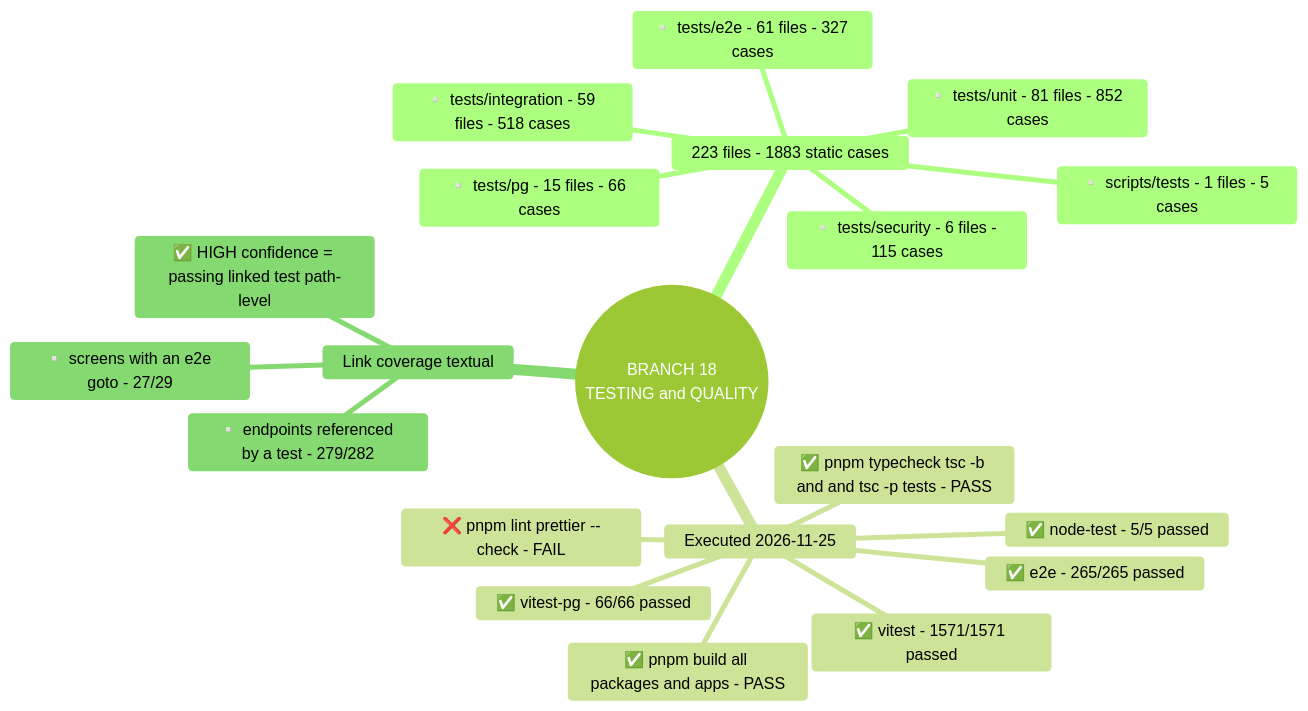
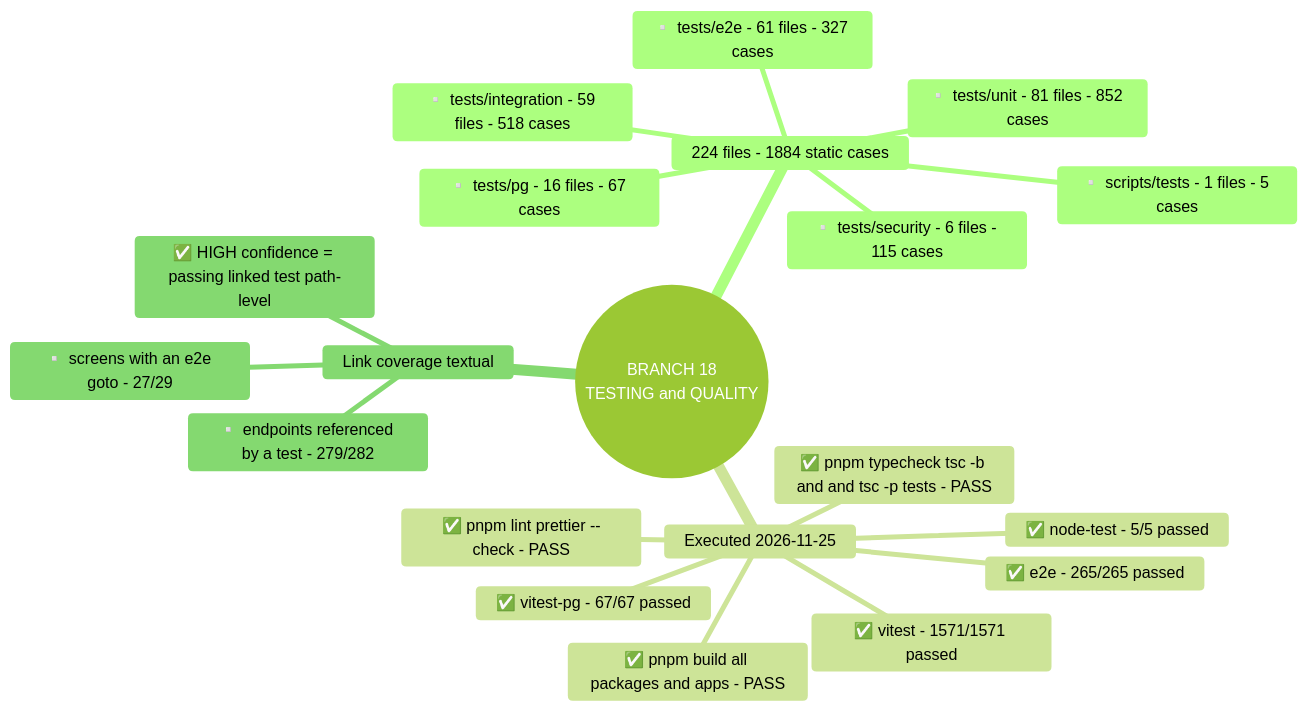
Diagram 20 of 22 in project-mindmap/master/MASTER_PROJECT_DIAGRAMS.md (yhsomani/talentsphere-complete), drawn with Mermaid (forest theme) before and after one commit. The commit also changed other lines of this file and 44 other files, not shown here.

First line of the commit message:
docs: dedup scan, doc-to-code sync and mind map refresh

````diff
--- a/project-mindmap/master/MASTER_PROJECT_DIAGRAMS.md
+++ b/project-mindmap/master/MASTER_PROJECT_DIAGRAMS.md
@@ -550,23 +550,23 @@
 ```mermaid
 mindmap
   root(("BRANCH 18<br/>TESTING and QUALITY"))
-    223 files - 1883 static cases
+    224 files - 1884 static cases
       ▫️ scripts/tests - 1 files - 5 cases
       ▫️ tests/e2e - 61 files - 327 cases
       ▫️ tests/integration - 59 files - 518 cases
-      ▫️ tests/pg - 15 files - 66 cases
+      ▫️ tests/pg - 16 files - 67 cases
       ▫️ tests/security - 6 files - 115 cases
       ▫️ tests/unit - 81 files - 852 cases
     Executed 2026-11-25
       ✅ vitest - 1571/1571 passed
-      ✅ vitest-pg - 66/66 passed
+      ✅ vitest-pg - 67/67 passed
       ✅ e2e - 265/265 passed
       ✅ node-test - 5/5 passed
       ✅ pnpm build all packages and apps - PASS
       ✅ pnpm typecheck tsc -b and and tsc -p tests - PASS
-      ❌ pnpm lint prettier --check - FAIL
+      ✅ pnpm lint prettier --check - PASS
     Link coverage textual
       ▫️ endpoints referenced by a test - 279/282
       ▫️ screens with an e2e goto - 27/29
       ✅ HIGH confidence = passing linked test path-level
 ```
````
